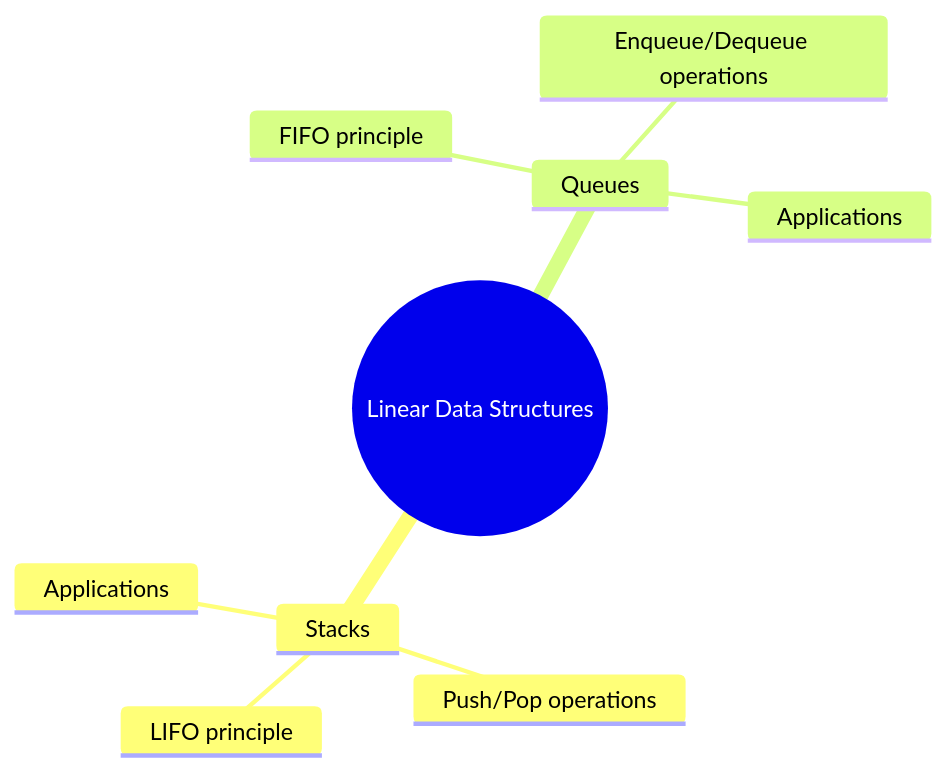
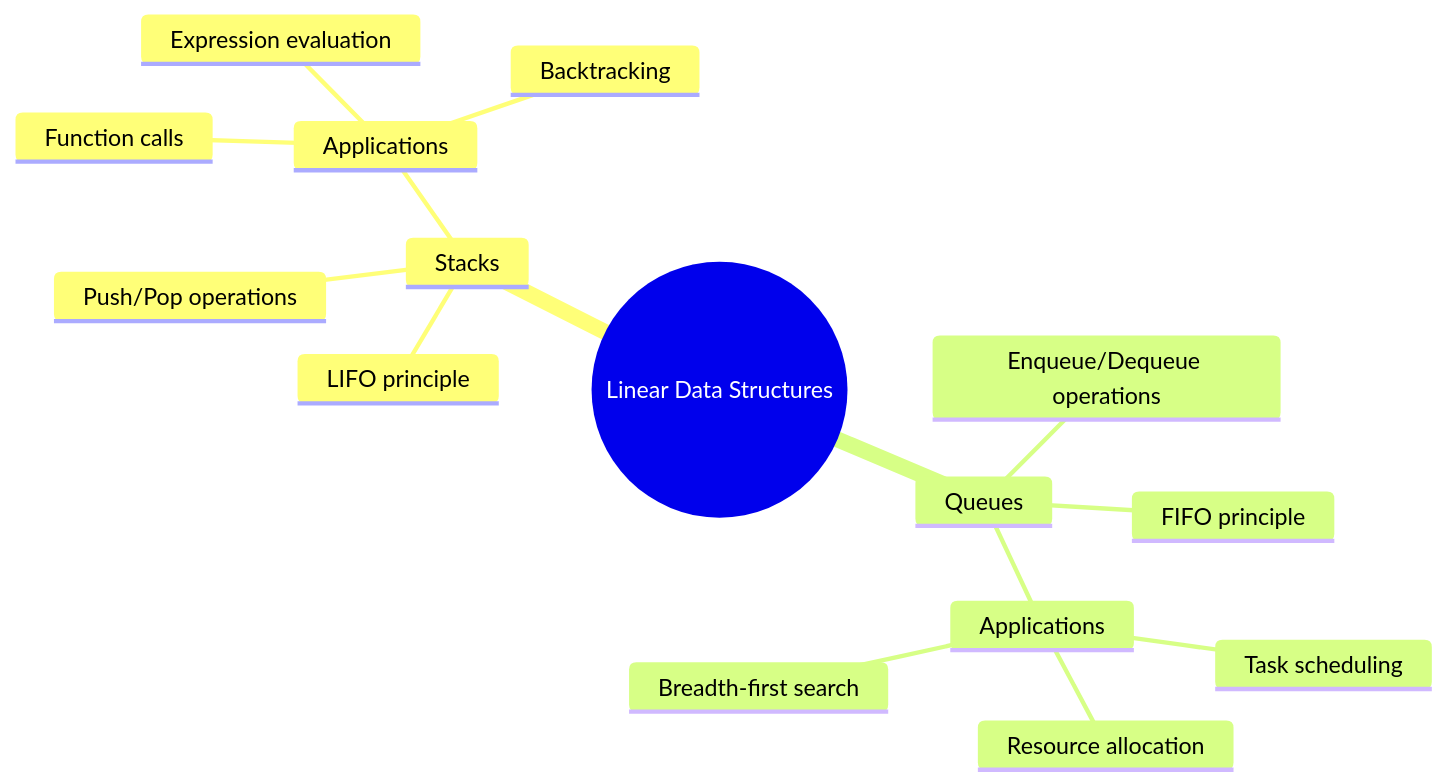
Before and after one commit to kivi98/study-buddy: the first of 3 diagrams in docs/data-structures-and-algorithms/stacks-and-queues.md, drawn with Mermaid. The commit also changed other lines of this file and 33 other files, not shown here.

````diff
--- a/docs/data-structures-and-algorithms/stacks-and-queues.md
+++ b/docs/data-structures-and-algorithms/stacks-and-queues.md
@@ -11,12 +18,18 @@
 ```mermaid
 mindmap
     root((Linear Data Structures))
         Stacks
             LIFO principle
             Push/Pop operations
             Applications
+                Function calls
+                Expression evaluation
+                Backtracking
         Queues
             FIFO principle
             Enqueue/Dequeue operations
             Applications
+                Task scheduling
+                Resource allocation
+                Breadth-first search
 ```
````
